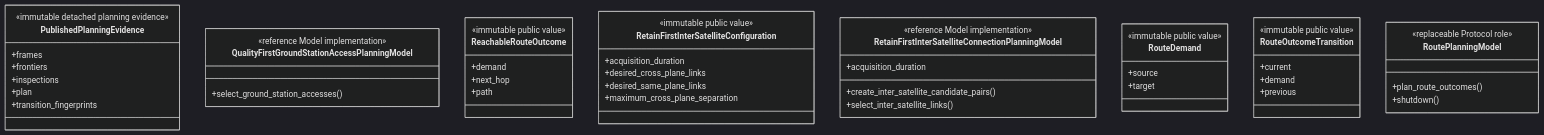
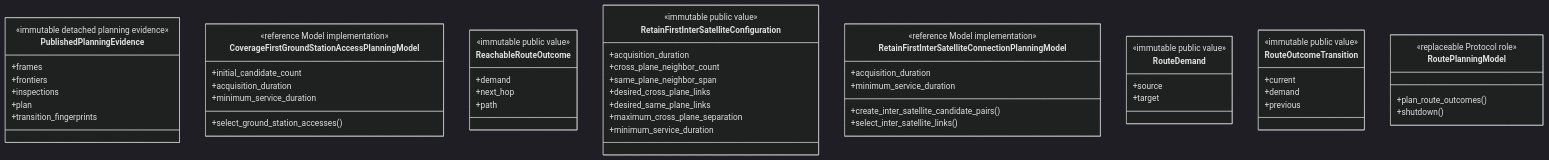
Before and after one commit to seed-labs/skyseed: the sixth of 8 diagrams in skyseed_v2/src/skyseed_v2/simulator/planning/README.md, drawn with Mermaid (dark theme). The commit also changed other lines of this file and 178 other files, not shown here.

````diff
--- a/skyseed_v2/src/skyseed_v2/simulator/planning/README.md
+++ b/skyseed_v2/src/skyseed_v2/simulator/planning/README.md
@@ -527,50 +526,57 @@
 ```mermaid
 classDiagram
     class PublishedPlanningEvidence {
         <<immutable detached planning evidence>>
         +frames
         +frontiers
         +inspections
         +plan
         +transition_fingerprints
     }
-    class QualityFirstGroundStationAccessPlanningModel {
+    class CoverageFirstGroundStationAccessPlanningModel {
         <<reference Model implementation>>
+        +initial_candidate_count
+        +acquisition_duration
+        +minimum_service_duration
         +select_ground_station_accesses()
     }
     class ReachableRouteOutcome {
         <<immutable public value>>
         +demand
         +next_hop
         +path
     }
     class RetainFirstInterSatelliteConfiguration {
         <<immutable public value>>
         +acquisition_duration
+        +cross_plane_neighbor_count
+        +same_plane_neighbor_span
         +desired_cross_plane_links
         +desired_same_plane_links
         +maximum_cross_plane_separation
+        +minimum_service_duration
     }
     class RetainFirstInterSatelliteConnectionPlanningModel {
         <<reference Model implementation>>
         +acquisition_duration
         +create_inter_satellite_candidate_pairs()
+        +minimum_service_duration
         +select_inter_satellite_links()
     }
     class RouteDemand {
         <<immutable public value>>
         +source
         +target
     }
     class RouteOutcomeTransition {
         <<immutable public value>>
         +current
         +demand
         +previous
     }
     class RoutePlanningModel {
         <<replaceable Protocol role>>
         +plan_route_outcomes()
         +shutdown()
     }
 ```
````
